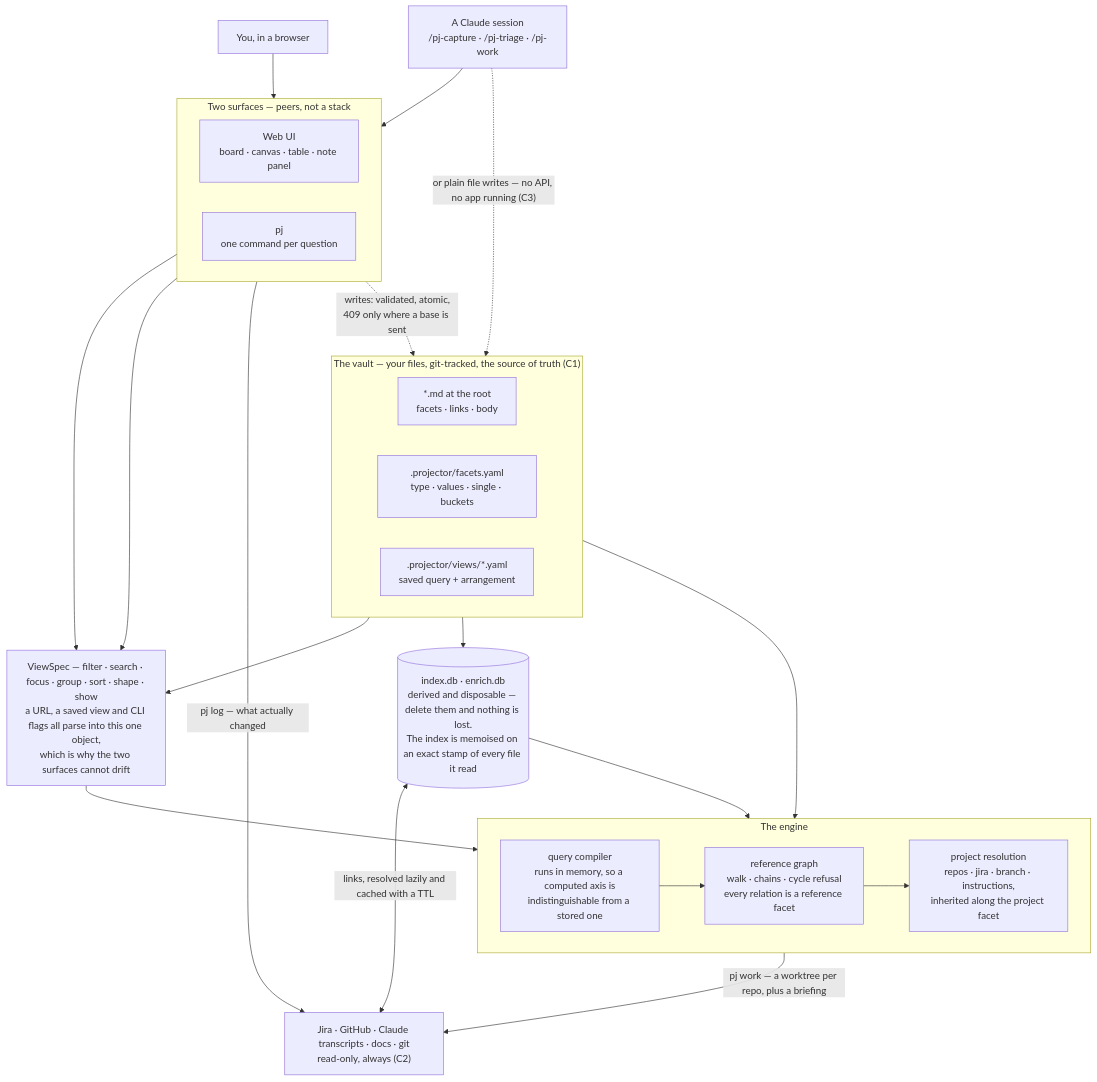
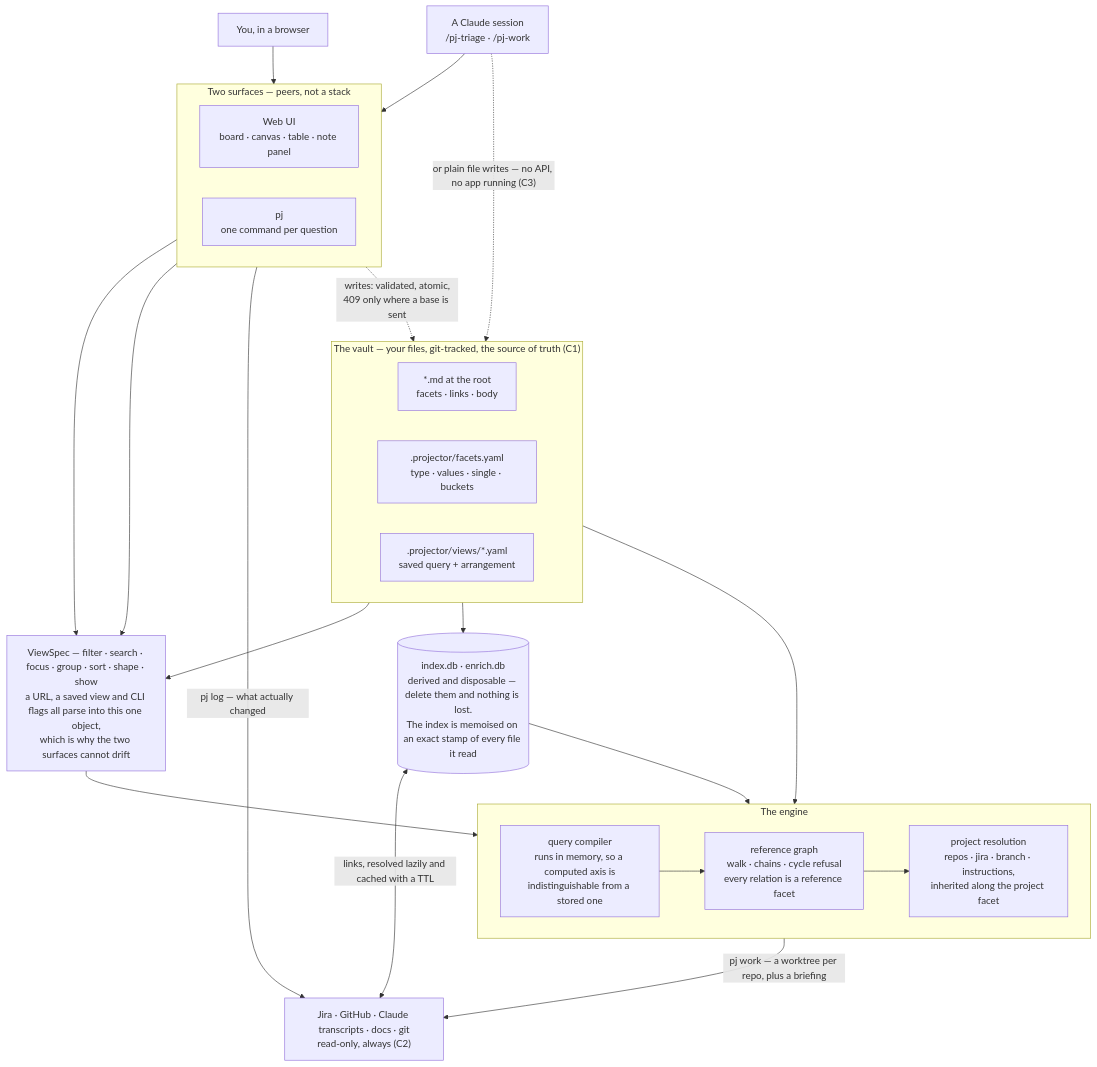
The diagram in docs/ARCHITECTURE.md (kramar42/projector), drawn with Mermaid before and after one commit. The commit also changed other lines of this file and 19 other files, not shown here.

````diff
--- a/docs/ARCHITECTURE.md
+++ b/docs/ARCHITECTURE.md
@@ -27,50 +27,50 @@
 ```mermaid
 flowchart TB
   subgraph vault["The vault — your files, git-tracked, the source of truth (C1)"]
     direction LR
     notes["*.md at the root<br/>facets · links · body"]
     fac[".projector/facets.yaml<br/>type · values · single · buckets"]
     vw[".projector/views/*.yaml<br/>saved query + arrangement"]
   end
 
   you["You, in a browser"]
-  agent["A Claude session<br/>/pj-capture · /pj-triage · /pj-work"]
+  agent["A Claude session<br/>/pj-triage · /pj-work"]
 
   subgraph surfaces["Two surfaces — peers, not a stack"]
     direction LR
     ui["Web UI<br/>board · canvas · table · note panel"]
     pj["pj<br/>one command per question"]
   end
 
   idx[("index.db · enrich.db<br/>derived and disposable — delete them and nothing is lost.<br/>The index is memoised on an exact stamp of every file it read")]
 
   spec["ViewSpec — filter · search · focus · group · sort · shape · show<br/>a URL, a saved view and CLI flags all parse into this one object,<br/>which is why the two surfaces cannot drift"]
 
   subgraph engine["The engine"]
     direction LR
     q["query compiler<br/>runs in memory, so a computed axis is<br/>indistinguishable from a stored one"]
     refs["reference graph<br/>walk · chains · cycle refusal<br/>every relation is a reference facet"]
     proj["project resolution<br/>repos · jira · branch · instructions,<br/>inherited along the project facet"]
   end
 
   outside["Jira · GitHub · Claude transcripts · docs · git<br/>read-only, always (C2)"]
 
   you --> ui
   agent --> pj
   vault --> idx
   vw --> spec
   ui --> spec
   pj --> spec
   fac --> q
   spec --> q
   idx --> q
   q --> refs
   refs --> proj
 
   surfaces -.->|"writes: validated, atomic,<br/>409 only where a base is sent"| notes
   agent -.->|"or plain file writes — no API, no app running (C3)"| notes
 
   idx <-->|"links, resolved lazily and cached with a TTL"| outside
   proj -->|"pj work — a worktree per repo, plus a briefing"| outside
   pj -->|"pj log — what actually changed"| outside
 ```
````
